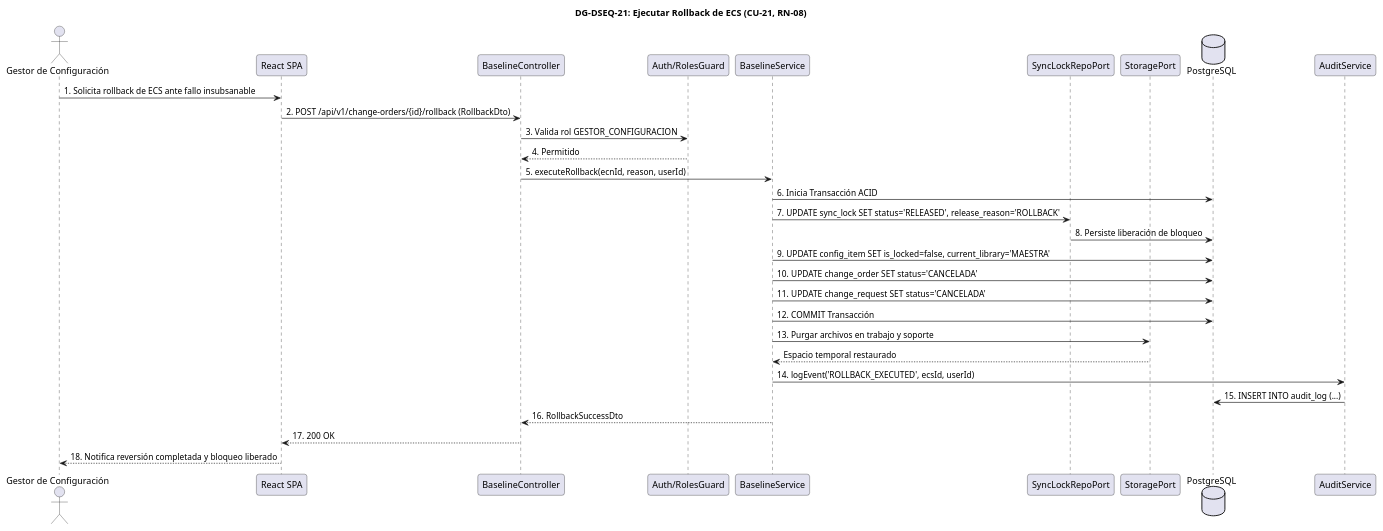
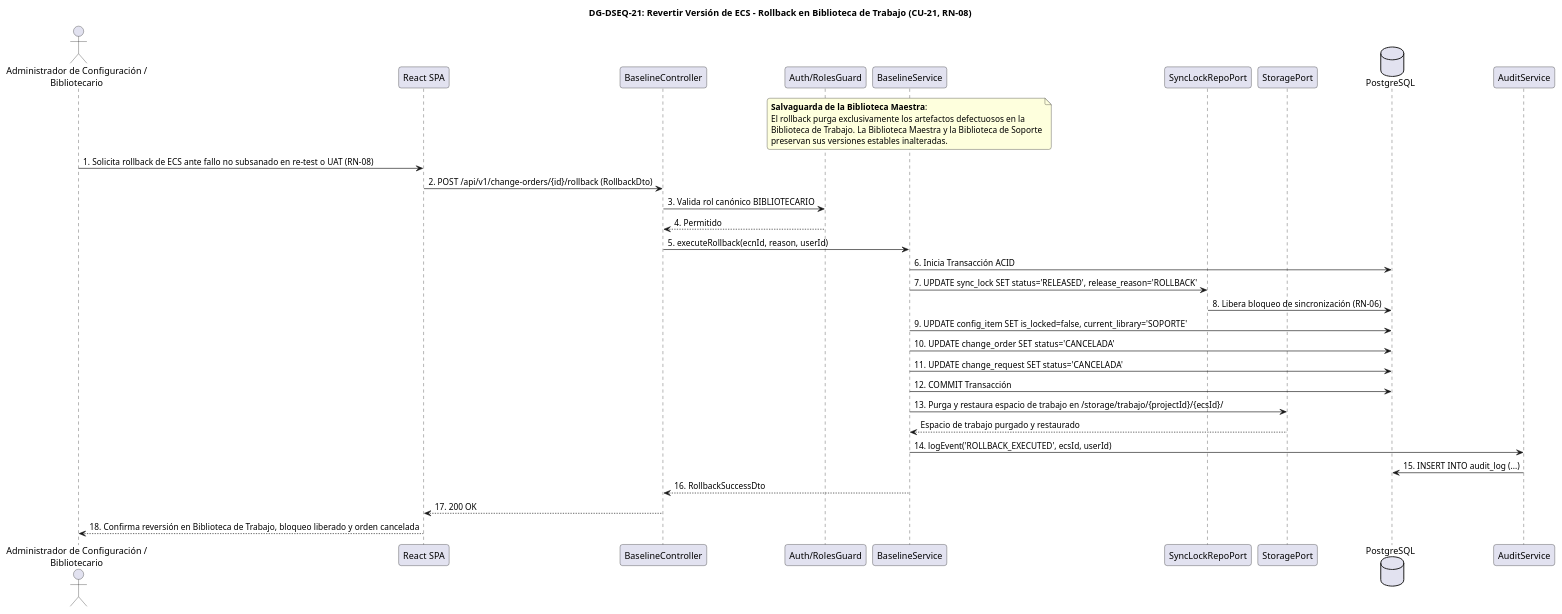
Before and after one commit to JMedina255/TraceFlow: diagram 12 of 15 in FD05-EPIS-Informe_SAD_Diseno.md, drawn with PlantUML. The commit also changed other lines of this file and 6 other files, not shown here.

````diff
--- a/FD05-EPIS-Informe_SAD_Diseno.md
+++ b/FD05-EPIS-Informe_SAD_Diseno.md
@@ -1640,42 +1716,49 @@
 ```plantuml
 @startuml
 skinparam shadowing false
 skinparam roundcorner 8
 skinparam defaultFontName Arial
 
-title <b>DG-DSEQ-21: Ejecutar Rollback de ECS (CU-21, RN-08)</b>
+title <b>DG-DSEQ-21: Revertir Versión de ECS - Rollback en Biblioteca de Trabajo (CU-21, RN-08)</b>
 
-actor "Gestor de Configuración" as Actor
+actor "Administrador de Configuración /\nBibliotecario" as Actor
 participant "React SPA" as UI
 participant "BaselineController" as Ctrl
 participant "Auth/RolesGuard" as Guard
 participant "BaselineService" as Service
 participant "SyncLockRepoPort" as LockRepo
 participant "StoragePort" as Storage
 database "PostgreSQL" as DB
 participant "AuditService" as Audit
 
-Actor -> UI : 1. Solicita rollback de ECS ante fallo insubsanable
+note over Service
+  <b>Salvaguarda de la Biblioteca Maestra</b>:
+  El rollback purga exclusivamente los artefactos defectuosos en la
+  Biblioteca de Trabajo. La Biblioteca Maestra y la Biblioteca de Soporte
+  preservan sus versiones estables inalteradas.
+end note
+
+Actor -> UI : 1. Solicita rollback de ECS ante fallo no subsanado en re-test o UAT (RN-08)
 UI -> Ctrl : 2. POST /api/v1/change-orders/{id}/rollback (RollbackDto)
-Ctrl -> Guard : 3. Valida rol GESTOR_CONFIGURACION
+Ctrl -> Guard : 3. Valida rol canónico BIBLIOTECARIO
 Guard --> Ctrl : 4. Permitido
 Ctrl -> Service : 5. executeRollback(ecnId, reason, userId)
 
 Service -> DB : 6. Inicia Transacción ACID
 Service -> LockRepo : 7. UPDATE sync_lock SET status='RELEASED', release_reason='ROLLBACK'
-LockRepo -> DB : 8. Persiste liberación de bloqueo
-Service -> DB : 9. UPDATE config_item SET is_locked=false, current_library='MAESTRA'
+LockRepo -> DB : 8. Libera bloqueo de sincronización (RN-06)
+Service -> DB : 9. UPDATE config_item SET is_locked=false, current_library='SOPORTE'
 Service -> DB : 10. UPDATE change_order SET status='CANCELADA'
 Service -> DB : 11. UPDATE change_request SET status='CANCELADA'
 Service -> DB : 12. COMMIT Transacción
 
-Service -> Storage : 13. Purgar archivos en trabajo y soporte
-Storage --> Service : Espacio temporal restaurado
+Service -> Storage : 13. Purga y restaura espacio de trabajo en /storage/trabajo/{projectId}/{ecsId}/
+Storage --> Service : Espacio de trabajo purgado y restaurado
 Service -> Audit : 14. logEvent('ROLLBACK_EXECUTED', ecsId, userId)
 Audit -> DB : 15. INSERT INTO audit_log (...)
 Service --> Ctrl : 16. RollbackSuccessDto
 Ctrl --> UI : 17. 200 OK
-UI --> Actor : 18. Notifica reversión completada y bloqueo liberado
+UI --> Actor : 18. Confirma reversión en Biblioteca de Trabajo, bloqueo liberado y orden cancelada
 
 @enduml
 ```
````
